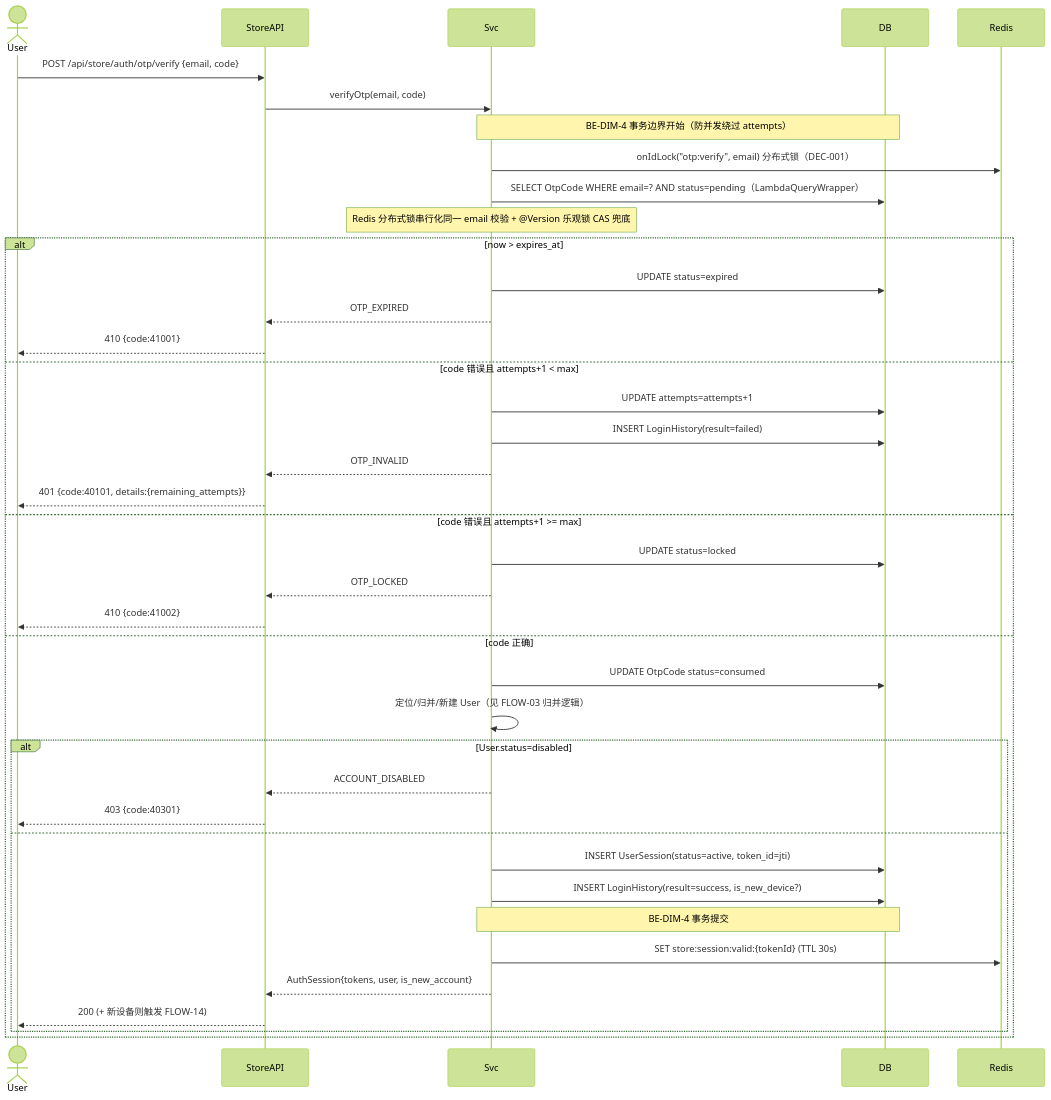
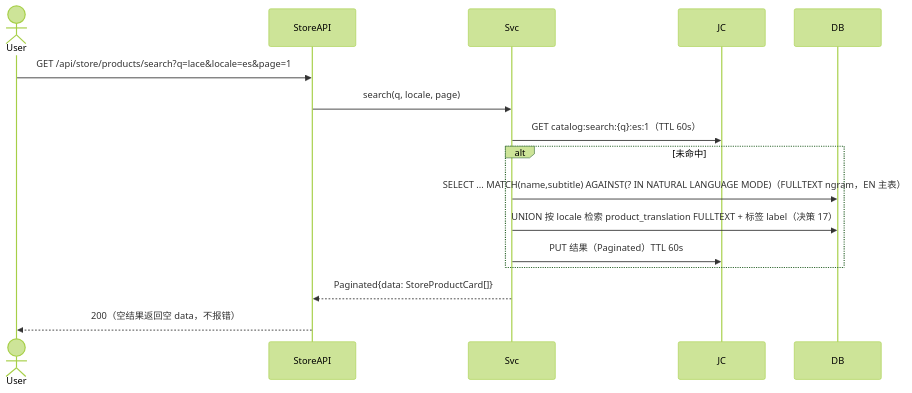
Before and after one commit to hptec/dreamy: the second of 20 diagrams in hhspec/specs/architecture/data-flow.md, drawn with Mermaid (forest theme). The commit also changed other lines of this file and 180 other files, not shown here.

````diff
--- a/hhspec/specs/architecture/data-flow.md
+++ b/hhspec/specs/architecture/data-flow.md
@@ -92,43 +144,19 @@
 ```mermaid
 sequenceDiagram
     actor User
     participant StoreAPI
     participant Svc
+    participant JC
     participant DB
-    participant Redis
 
-    User->>StoreAPI: POST /api/store/auth/otp/verify {email, code}
-    StoreAPI->>Svc: verifyOtp(email, code)
-    Note over Svc,DB: BE-DIM-4 事务边界开始（防并发绕过 attempts）
-    Svc->>Redis: onIdLock("otp:verify", email) 分布式锁（DEC-001）
-    Svc->>DB: SELECT OtpCode WHERE email=? AND status=pending（LambdaQueryWrapper）
-    Note over Svc: Redis 分布式锁串行化同一 email 校验 + @Version 乐观锁 CAS 兜底
-    alt now > expires_at
-        Svc->>DB: UPDATE status=expired
-        Svc-->>StoreAPI: OTP_EXPIRED
-        StoreAPI-->>User: 410 {code:41001}
-    else code 错误且 attempts+1 < max
-        Svc->>DB: UPDATE attempts=attempts+1
-        Svc->>DB: INSERT LoginHistory(result=failed)
-        Svc-->>StoreAPI: OTP_INVALID
-        StoreAPI-->>User: 401 {code:40101, details:{remaining_attempts}}
-    else code 错误且 attempts+1 >= max
-        Svc->>DB: UPDATE status=locked
-        Svc-->>StoreAPI: OTP_LOCKED
-        StoreAPI-->>User: 410 {code:41002}
-    else code 正确
-        Svc->>DB: UPDATE OtpCode status=consumed
-        Svc->>Svc: 定位/归并/新建 User（见 FLOW-03 归并逻辑）
-        alt User.status=disabled
-            Svc-->>StoreAPI: ACCOUNT_DISABLED
-            StoreAPI-->>User: 403 {code:40301}
-        else
-            Svc->>DB: INSERT UserSession(status=active, token_id=jti)
-            Svc->>DB: INSERT LoginHistory(result=success, is_new_device?)
-            Note over Svc,DB: BE-DIM-4 事务提交
-            Svc->>Redis: SET store:session:valid:{tokenId} (TTL 30s)
-            Svc-->>StoreAPI: AuthSession{tokens, user, is_new_account}
-            StoreAPI-->>User: 200 (+ 新设备则触发 FLOW-14)
-        end
+    User->>StoreAPI: GET /api/store/products/search?q=lace&locale=es&page=1
+    StoreAPI->>Svc: search(q, locale, page)
+    Svc->>JC: GET catalog:search:{q}:es:1（TTL 60s）
+    alt 未命中
+        Svc->>DB: SELECT ... MATCH(name,subtitle) AGAINST(? IN NATURAL LANGUAGE MODE)（FULLTEXT ngram，EN 主表）
+        Svc->>DB: UNION 按 locale 检索 product_translation FULLTEXT + 标签 label（决策 17）
+        Svc->>JC: PUT 结果（Paginated）TTL 60s
     end
+    Svc-->>StoreAPI: Paginated{data: StoreProductCard[]}
+    StoreAPI-->>User: 200（空结果返回空 data，不报错）
 ```
````
